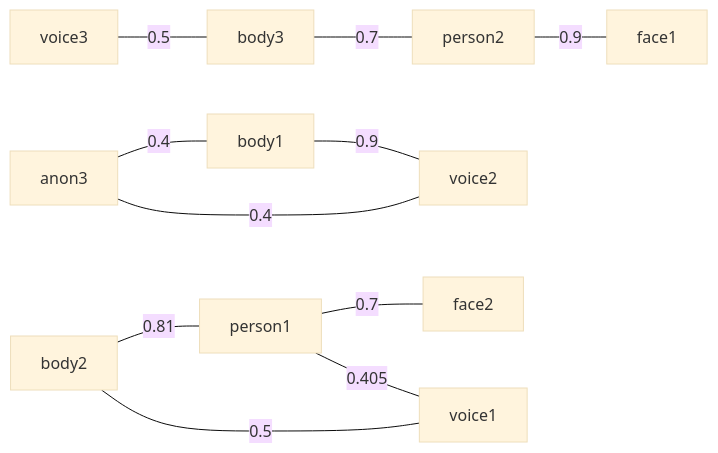
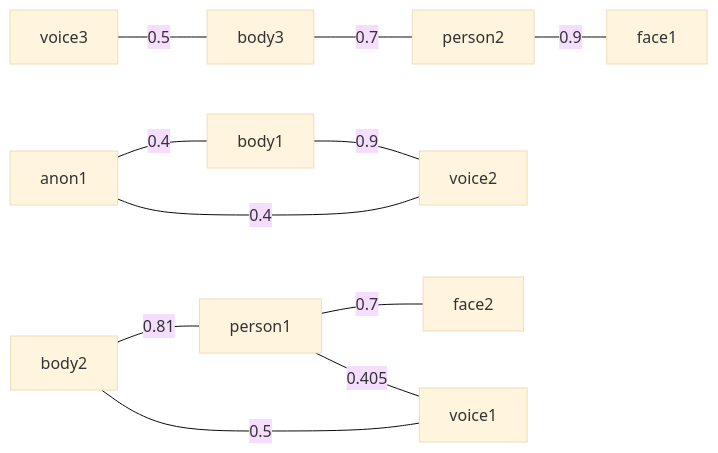
Before and after one commit to ros4hri/hri_person_manager: diagram 30 of 34 in test/test-graphs.md, drawn with Mermaid (base theme). The commit also changed other lines of this file and 3 other files, not shown here.

````diff
--- a/test/test-graphs.md
+++ b/test/test-graphs.md
@@ -522,17 +523,17 @@
 ``` mermaid
 graph LR
 
 body3 ---|0.7| person2
 person2 ---|0.9| face1
 voice3 ---|0.5| body3
 
 
-anon3 ---|0.4| body1
+anon1 ---|0.4| body1
 body1 ---|0.9| voice2
-voice2 ---|0.4| anon3
+voice2 ---|0.4| anon1
 
 body2 ---|0.81| person1
 voice1 ---|0.5| body2
 person1 ---|0.7| face2
 person1 ---|0.405| voice1
 ```
````
